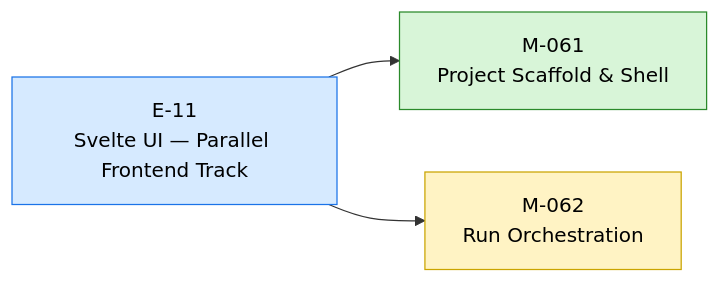
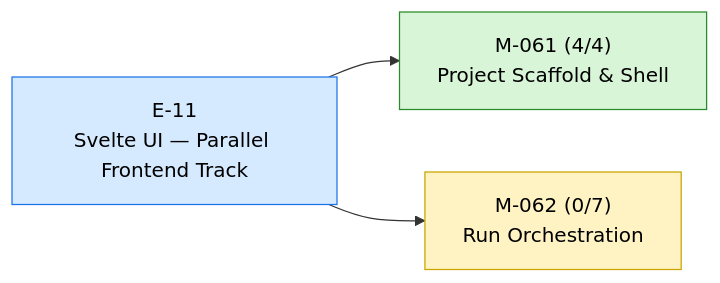
The first of 2 diagrams in STATUS.md (23min/FlowTime), drawn with Mermaid before and after one commit. The commit also changed other lines of this file and 66 other files, not shown here.

````diff
--- a/STATUS.md
+++ b/STATUS.md
@@ -12,14 +12,14 @@
 ```mermaid
 flowchart LR
   E_11["E-11<br/>Svelte UI — Parallel Frontend Track"]:::epic_active
-  M_061["M-061<br/>Project Scaffold & Shell"]:::ms_done
+  M_061["M-061 (4/4)<br/>Project Scaffold & Shell"]:::ms_done
   E_11 --> M_061
-  M_062["M-062<br/>Run Orchestration"]:::ms_in_progress
+  M_062["M-062 (0/7)<br/>Run Orchestration"]:::ms_in_progress
   E_11 --> M_062
   classDef epic_active fill:#d6eaff,stroke:#1a73e8,color:#000
   classDef epic_proposed fill:#f4f4f4,stroke:#888,color:#000
   classDef ms_done fill:#d8f5d8,stroke:#2a8a2a,color:#000
   classDef ms_in_progress fill:#fff3c4,stroke:#caa400,color:#000
   classDef ms_draft fill:#f4f4f4,stroke:#888,color:#000
   classDef ms_cancelled fill:#fbeaea,stroke:#c33,color:#000
 ```
````
